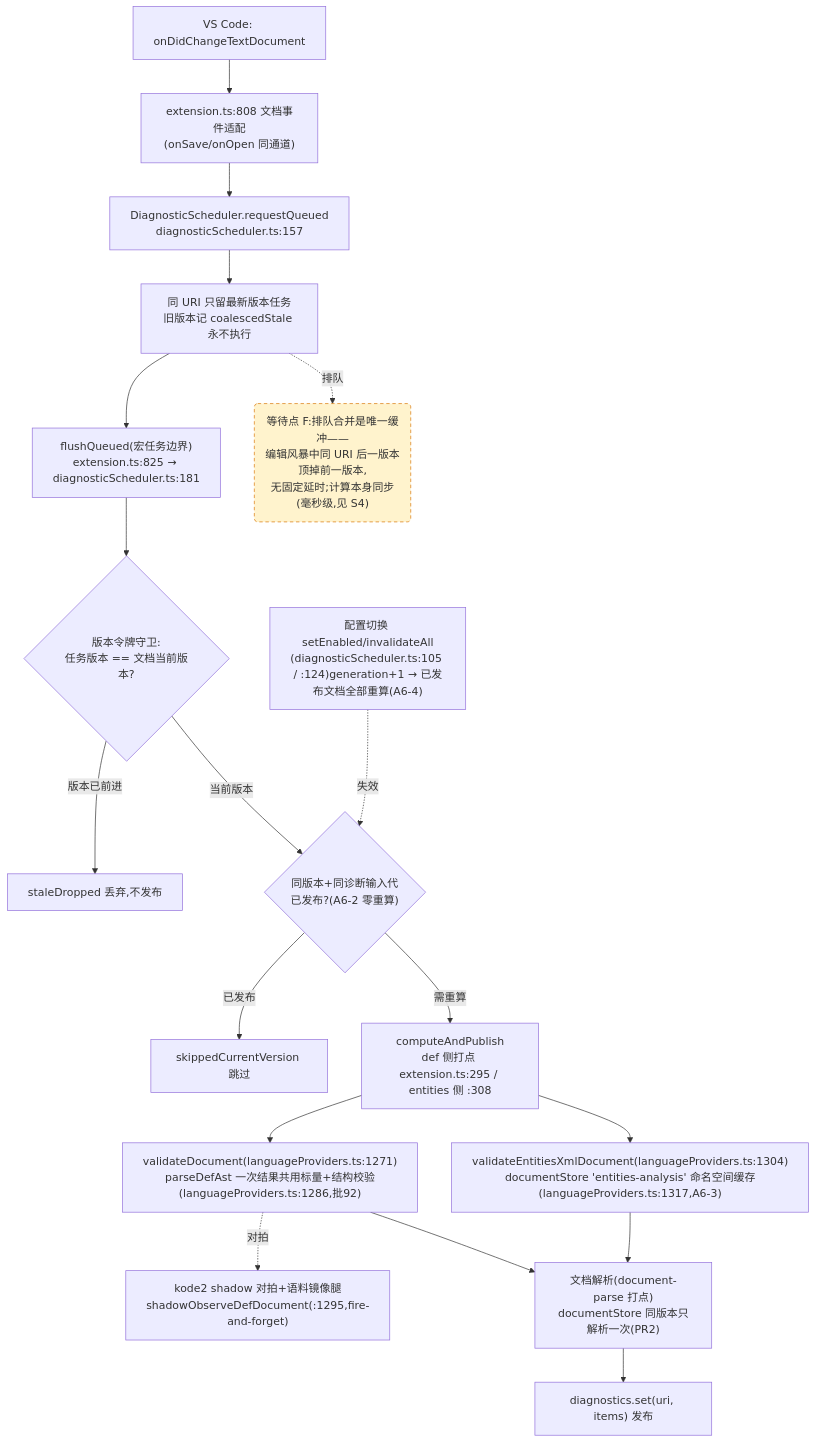
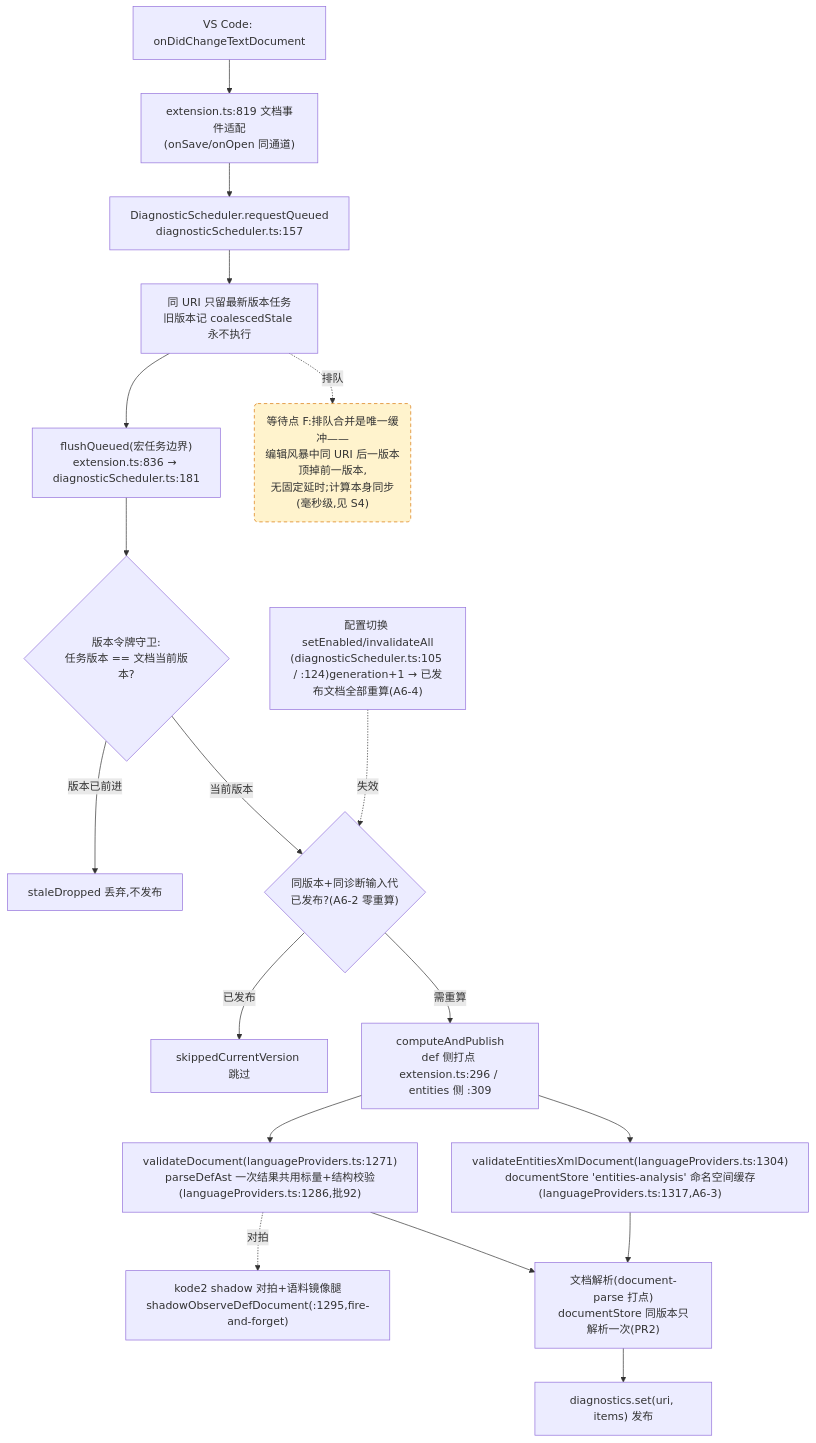
One commit to cuihairu/kode changed the fourth of 4 diagrams in docs/perf/2026-baseline.md. Above: the diagram before and after it, drawn with Mermaid. The commit also changed other lines of this file and 1 other file, not shown here.

Commit message:
docs: tick def param inlay task

````diff
--- a/docs/perf/2026-baseline.md
+++ b/docs/perf/2026-baseline.md
@@ -212,38 +212,38 @@
 ```mermaid
 flowchart TD
   CHG["VS Code: onDidChangeTextDocument"]
-  WATCH["extension.ts:808 文档事件适配<br/>(onSave/onOpen 同通道)"]
+  WATCH["extension.ts:819 文档事件适配<br/>(onSave/onOpen 同通道)"]
   RQ["DiagnosticScheduler.requestQueued<br/>diagnosticScheduler.ts:157"]
   CO["同 URI 只留最新版本任务<br/>旧版本记 coalescedStale 永不执行"]
-  FL["flushQueued(宏任务边界)<br/>extension.ts:825 → diagnosticScheduler.ts:181"]
+  FL["flushQueued(宏任务边界)<br/>extension.ts:836 → diagnosticScheduler.ts:181"]
   VG{"版本令牌守卫:<br/>任务版本 == 文档当前版本?"}
   DROP["staleDropped 丢弃,不发布"]
   GEN{"同版本+同诊断输入代<br/>已发布?(A6-2 零重算)"}
   SKIP["skippedCurrentVersion 跳过"]
-  CALC["computeAndPublish<br/>def 侧打点 extension.ts:295 / entities 侧 :308"]
+  CALC["computeAndPublish<br/>def 侧打点 extension.ts:296 / entities 侧 :309"]
   VD["validateDocument(languageProviders.ts:1271)<br/>parseDefAst 一次结果共用标量+结构校验(languageProviders.ts:1286,批92)"]
   VEX["validateEntitiesXmlDocument(languageProviders.ts:1304)<br/>documentStore 'entities-analysis' 命名空间缓存(languageProviders.ts:1317,A6-3)"]
   SHDD["kode2 shadow 对拍+语料镜像腿<br/>shadowObserveDefDocument(:1295,fire-and-forget)"]
   DS["文档解析(document-parse 打点)<br/>documentStore 同版本只解析一次(PR2)"]
   PUB["diagnostics.set(uri, items) 发布"]
   CFG2["配置切换 setEnabled/invalidateAll<br/>(diagnosticScheduler.ts:105 / :124)generation+1 → 已发布文档全部重算(A6-4)"]
 
   CHG --> WATCH --> RQ --> CO --> FL --> VG
   VG -- "版本已前进" --> DROP
   VG -- "当前版本" --> GEN
   GEN -- "已发布" --> SKIP
   GEN -- "需重算" --> CALC
   CALC --> VD
   CALC --> VEX
   VD --> DS
   VEX --> DS
   DS --> PUB
   VD -.->|对拍| SHDD
   CFG2 -.->|失效| GEN
 
   WAITF("等待点 F:排队合并是唯一缓冲——<br/>编辑风暴中同 URI 后一版本顶掉前一版本,<br/>无固定延时;计算本身同步(毫秒级,见 S4)")
   CO -.->|排队| WAITF
 
   classDef waitPoint fill:#fff3cd,stroke:#d97706,stroke-dasharray:5 4;
   class WAITF waitPoint;
 ```
````
